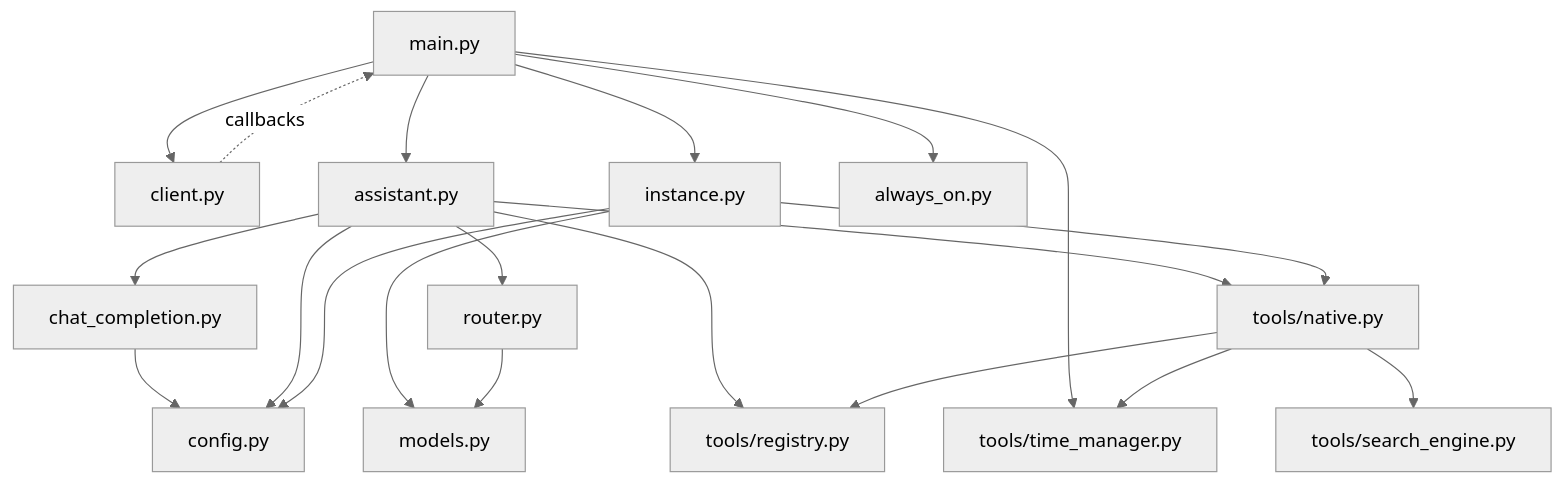
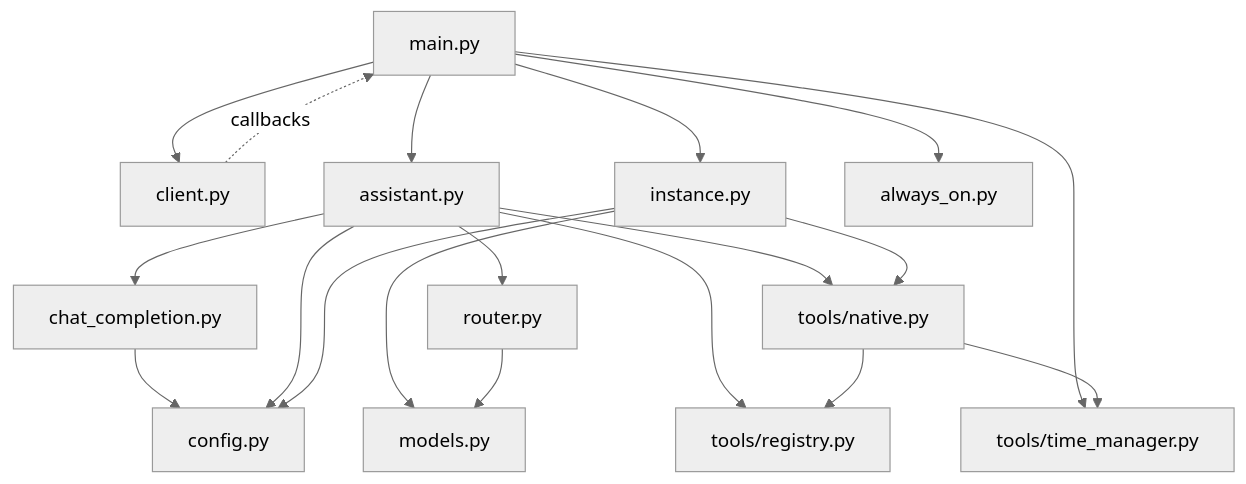
The first of 2 diagrams in docs/architecture.md (rayhan-nurdjaman/RotBot), drawn with Mermaid (neutral theme) before and after one commit. The commit also changed other lines of this file and 10 other files, not shown here.

First line of the commit message:
Replace Google search and URL fetching with OpenRouter server tools (#16)

````diff
--- a/docs/architecture.md
+++ b/docs/architecture.md
@@ -29,22 +28,21 @@
 ```mermaid
 flowchart TD
     main[main.py] --> client[client.py]
     main --> assistant[assistant.py]
     main --> instance[instance.py]
     main --> always_on[always_on.py]
     main --> time_manager[tools/time_manager.py]
     client -. callbacks .-> main
     assistant --> chat_completion[chat_completion.py]
     assistant --> router[router.py]
     assistant --> registry[tools/registry.py]
     assistant --> native[tools/native.py]
     instance --> native
     native --> registry
     native --> time_manager
-    native --> search_engine[tools/search_engine.py]
     instance --> models[models.py]
     router --> models
     chat_completion --> config[config.py]
     assistant --> config
     instance --> config
 ```
````
